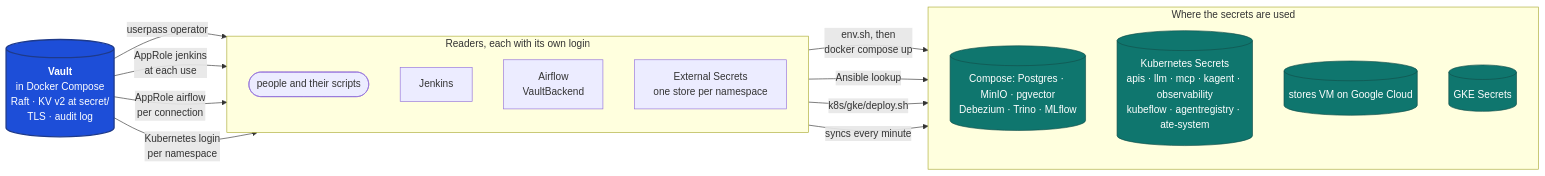
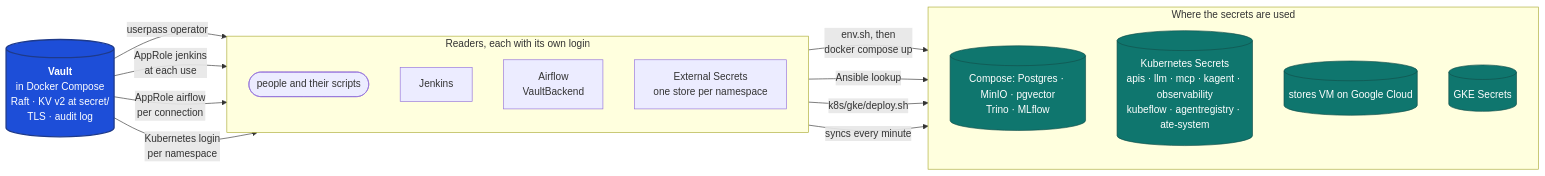
Before and after one commit to hiendat04/fraudstream: the diagram in docs/ml/28_security.md, drawn with Mermaid. The commit also changed 4 other files, not shown here.

````diff
--- a/docs/ml/28_security.md
+++ b/docs/ml/28_security.md
@@ -13,34 +13,34 @@
 ```mermaid
 flowchart LR
     V[("<b>Vault</b><br/>in Docker Compose<br/>Raft · KV v2 at secret/<br/>TLS · audit log")]
 
     subgraph R["Readers, each with its own login"]
         direction TB
         P(["people and their scripts"])
         J["Jenkins"]
         A["Airflow<br/>VaultBackend"]
         E["External Secrets<br/>one store per namespace"]
     end
 
     subgraph D["Where the secrets are used"]
         direction TB
-        S[("Compose: Postgres · MinIO · pgvector<br/>Debezium · Trino · MLflow")]
+        S[("Compose: Postgres · MinIO · pgvector<br/>Trino · MLflow")]
         KS[("Kubernetes Secrets<br/>apis · llm · mcp · kagent · observability<br/>kubeflow · agentregistry · ate-system")]
         VM[("stores VM on Google Cloud")]
         GK[("GKE Secrets")]
     end
 
     V -- "userpass operator" --> P
     V -- "AppRole jenkins<br/>at each use" --> J
     V -- "AppRole airflow<br/>per connection" --> A
     V -- "Kubernetes login<br/>per namespace" --> E
     P -- "env.sh, then<br/>docker compose up" --> S
     P -- "Ansible lookup" --> VM
     P -- "k8s/gke/deploy.sh" --> GK
     E -- "syncs every minute" --> KS
 
     classDef subject fill:#1d4ed8,stroke:#1e3a8a,stroke-width:2px,color:#ffffff
     classDef store fill:#0f766e,stroke:#134e4a,color:#ffffff
     class V subject
     class S,KS,VM,GK store
 ```
````
